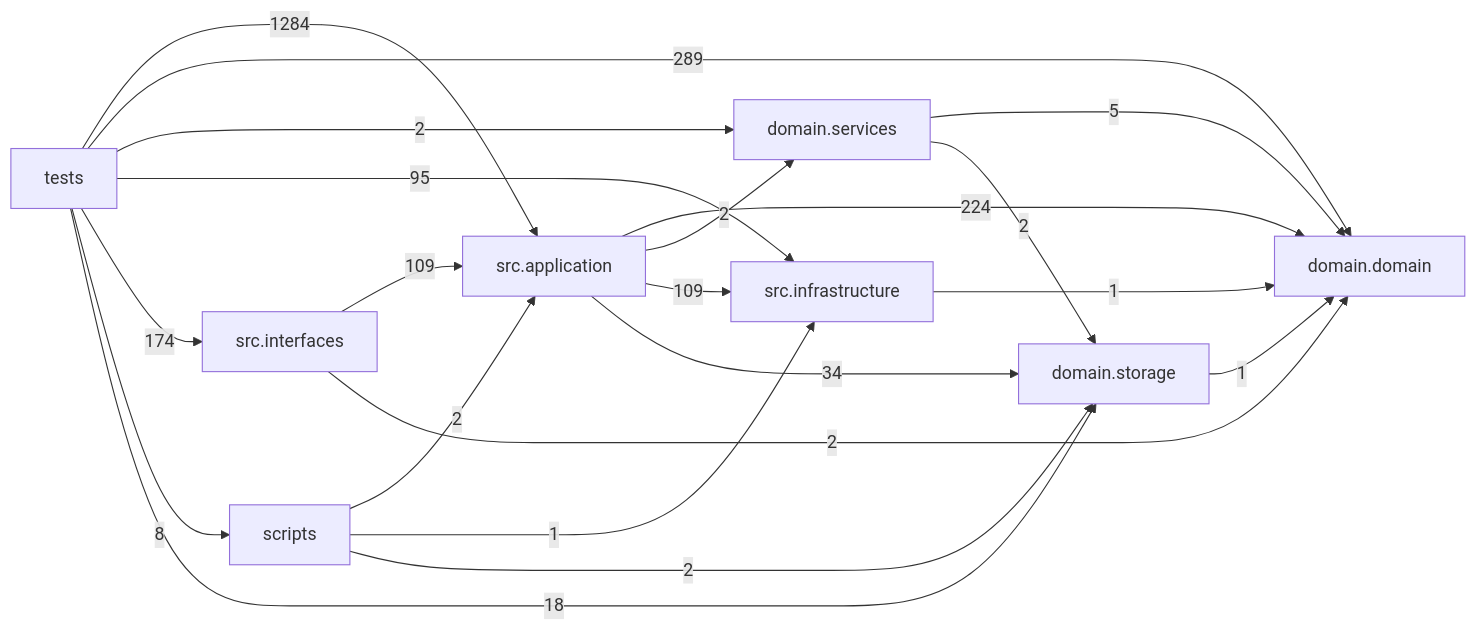
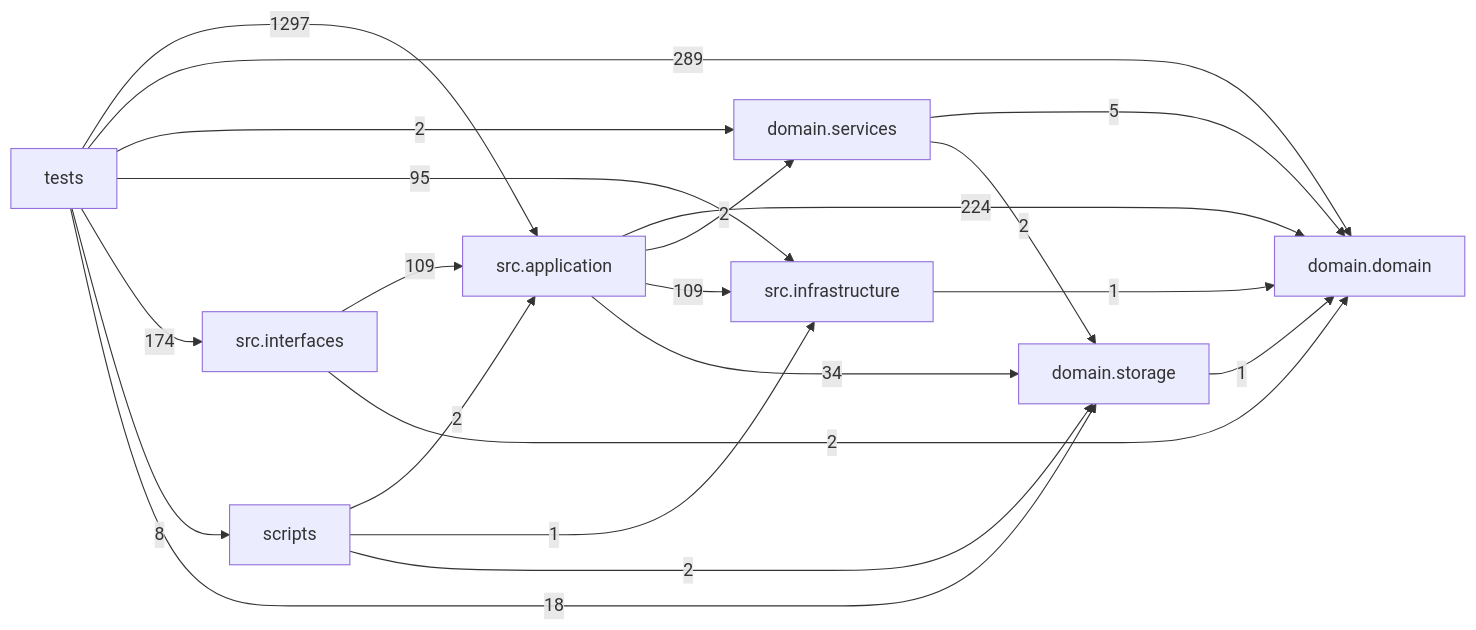
The diagram in docs/DEPENDENCY_GRAPH.md (liuxie066/options-monitor), drawn with Mermaid before and after one commit. The commit also changed other lines of this file and 27 other files, not shown here.

````diff
--- a/docs/DEPENDENCY_GRAPH.md
+++ b/docs/DEPENDENCY_GRAPH.md
@@ -24,31 +24,31 @@
 ```mermaid
 flowchart LR
   tests["tests"]
   scripts["scripts"]
   interfaces["src.interfaces"]
   application["src.application"]
   infrastructure["src.infrastructure"]
   domain_services["domain.services"]
   domain["domain.domain"]
   storage["domain.storage"]
   application -->|224| domain
   application -->|2| domain_services
   application -->|109| infrastructure
   application -->|34| storage
   domain_services -->|5| domain
   domain_services -->|2| storage
   infrastructure -->|1| domain
   interfaces -->|109| application
   interfaces -->|2| domain
   scripts -->|2| application
   scripts -->|1| infrastructure
   scripts -->|2| storage
   storage -->|1| domain
-  tests -->|1284| application
+  tests -->|1297| application
   tests -->|289| domain
   tests -->|2| domain_services
   tests -->|95| infrastructure
   tests -->|174| interfaces
   tests -->|8| scripts
   tests -->|18| storage
 ```
````
